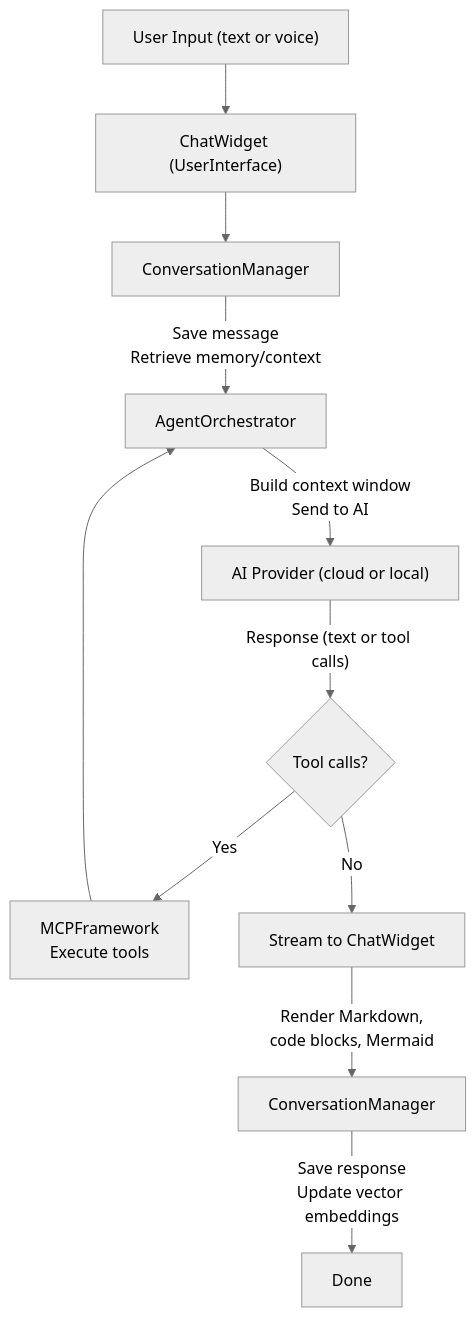
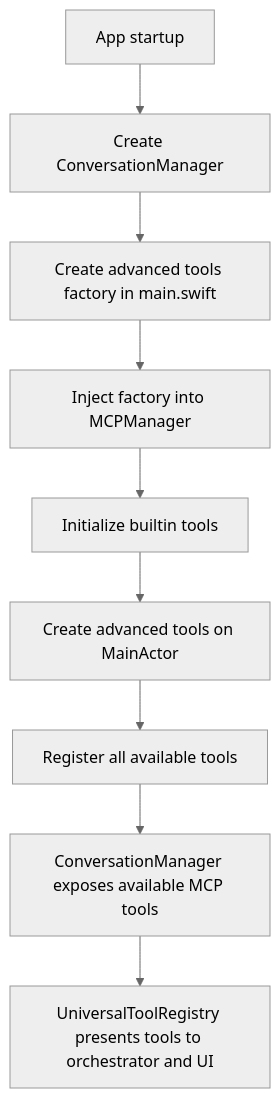
The second of 3 diagrams in docs/ARCHITECTURE.md (SyntheticAutonomicMind/SAM), drawn with Mermaid (neutral theme) before and after one commit. The commit also changed other lines of this file and 11 other files, not shown here.

Commit message:
docs(project): align SAM documentation with current architecture and workflows

````diff
--- a/docs/ARCHITECTURE.md
+++ b/docs/ARCHITECTURE.md
@@ -189,13 +234,11 @@
 ```mermaid
 flowchart TD
-    A["User Input (text or voice)"] --> B["ChatWidget (UserInterface)"]
-    B --> C["ConversationManager"]
-    C -->|"Save message\nRetrieve memory/context"| D["AgentOrchestrator"]
-    D -->|"Build context window\nSend to AI"| E["AI Provider (cloud or local)"]
-    E -->|"Response (text or tool calls)"| F{"Tool calls?"}
-    F -->|"Yes"| G["MCPFramework\nExecute tools"]
-    G --> D
-    F -->|"No"| H["Stream to ChatWidget"]
-    H -->|"Render Markdown,\ncode blocks, Mermaid"| I["ConversationManager"]
-    I -->|"Save response\nUpdate vector embeddings"| J["Done"]
+    A["App startup"] --> B["Create ConversationManager"]
+    B --> C["Create advanced tools factory in main.swift"]
+    C --> D["Inject factory into MCPManager"]
+    D --> E["Initialize builtin tools"]
+    E --> F["Create advanced tools on MainActor"]
+    F --> G["Register all available tools"]
+    G --> H["ConversationManager exposes available MCP tools"]
+    H --> I["UniversalToolRegistry presents tools to orchestrator and UI"]
 ```
````
